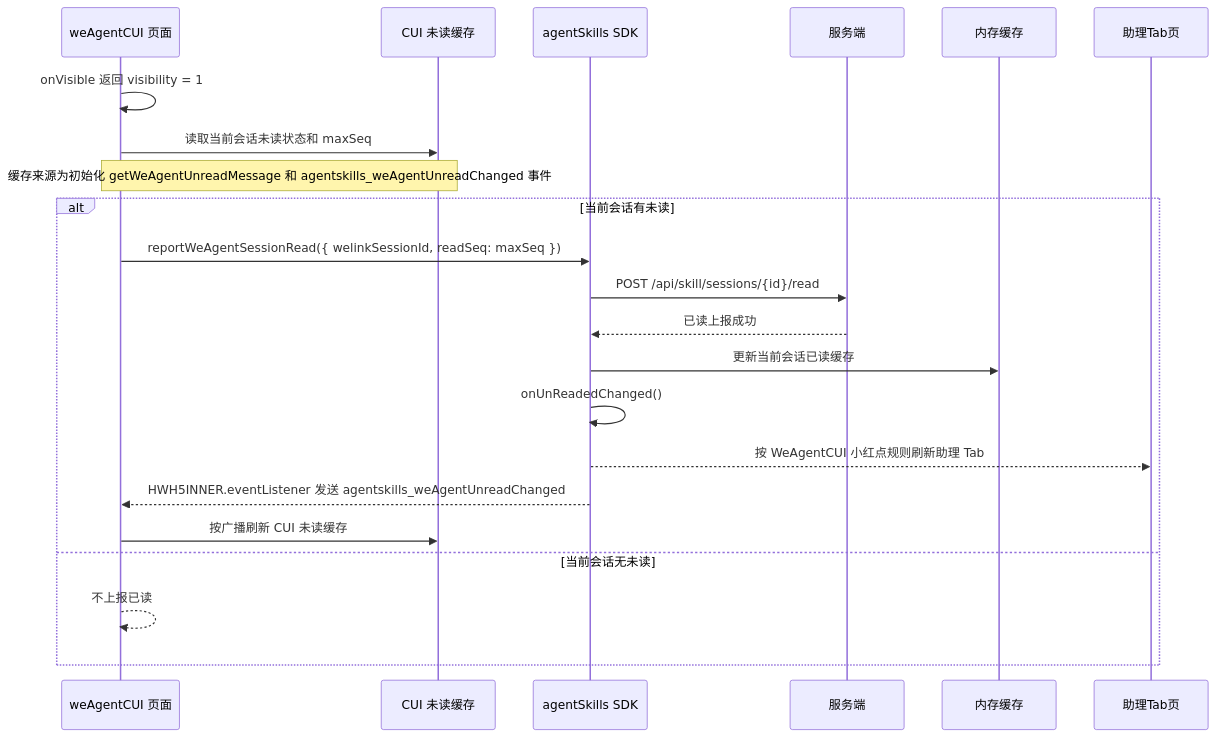
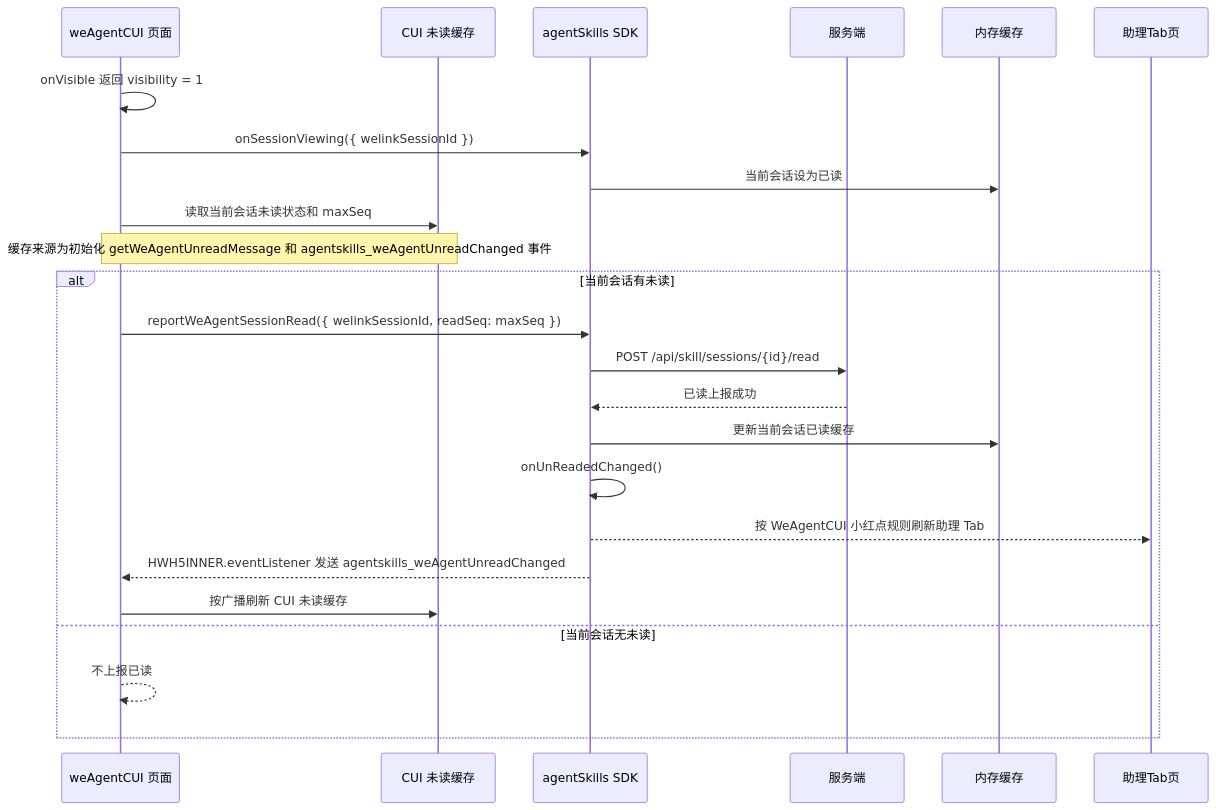
Before and after one commit to Abelsjcheng/skillSDK: the sixth of 8 diagrams in 2026-06-11-we-agent-tab-unread-red-dot-plan.md, drawn with Mermaid. The commit also changed other lines of this file, not shown here.

````diff
--- a/2026-06-11-we-agent-tab-unread-red-dot-plan.md
+++ b/2026-06-11-we-agent-tab-unread-red-dot-plan.md
@@ -239,25 +242,27 @@
 ```mermaid
 sequenceDiagram
     participant CUI as weAgentCUI 页面
     participant CUICache as CUI 未读缓存
     participant SDK as agentSkills SDK
     participant Server as 服务端
     participant Memory as 内存缓存
     participant Tab as 助理Tab页
 
     CUI->>CUI: onVisible 返回 visibility = 1
+    CUI->>SDK: onSessionViewing({ welinkSessionId })
+    SDK->>Memory: 当前会话设为已读
     CUI->>CUICache: 读取当前会话未读状态和 maxSeq
     Note over CUI,CUICache: 缓存来源为初始化 getWeAgentUnreadMessage 和 agentskills_weAgentUnreadChanged 事件
     alt 当前会话有未读
         CUI->>SDK: reportWeAgentSessionRead({ welinkSessionId, readSeq: maxSeq })
         SDK->>Server: POST /api/skill/sessions/{id}/read
         Server-->>SDK: 已读上报成功
         SDK->>Memory: 更新当前会话已读缓存
         SDK->>SDK: onUnReadedChanged()
         SDK-->>Tab: 按 WeAgentCUI 小红点规则刷新助理 Tab
         SDK-->>CUI: HWH5INNER.eventListener 发送 agentskills_weAgentUnreadChanged
         CUI->>CUICache: 按广播刷新 CUI 未读缓存
     else 当前会话无未读
         CUI-->>CUI: 不上报已读
     end
 ```
````
